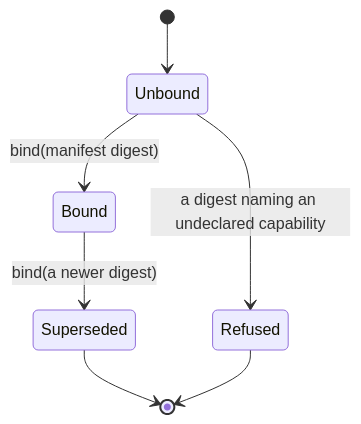
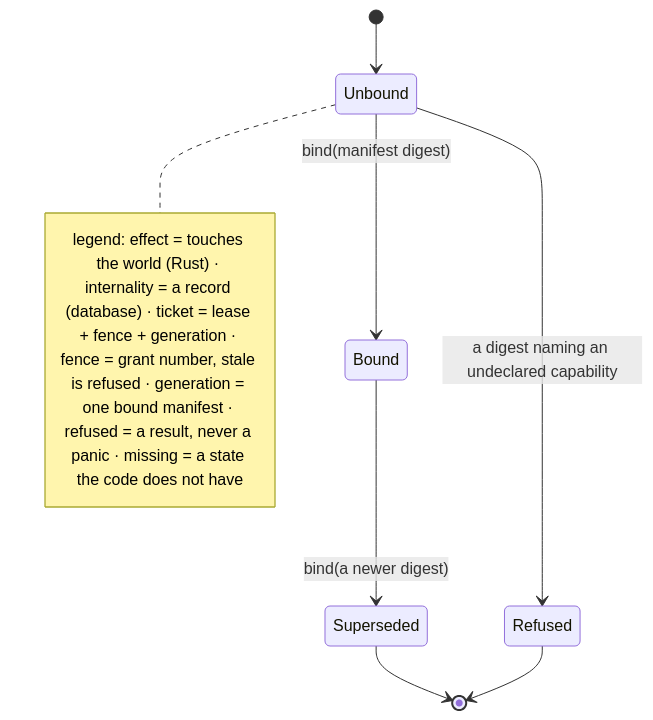
The first of 4 diagrams in docs/diagram/40-Database.md (MergedBeastAgito/Agito), drawn with Mermaid before and after one commit. The commit also changed other lines of this file and 16 other files, not shown here.

First line of the commit message:
refactor(rust): add authority abstraction, seal, and ticket improvements

````diff
--- a/docs/diagram/40-Database.md
+++ b/docs/diagram/40-Database.md
@@ -8,9 +8,12 @@
 ```mermaid
 stateDiagram-v2
 	[*] --> Unbound
 	Unbound --> Bound: bind(manifest digest)
 	Bound --> Superseded: bind(a newer digest)
 	Unbound --> Refused: a digest naming an undeclared capability
 	Superseded --> [*]
 	Refused --> [*]
+	note right of Unbound
+		legend: effect = touches the world (Rust) · internality = a record (database) · ticket = lease + fence + generation · fence = grant number, stale is refused · generation = one bound manifest · refused = a result, never a panic · missing = a state the code does not have
+	end note
 ```
````
